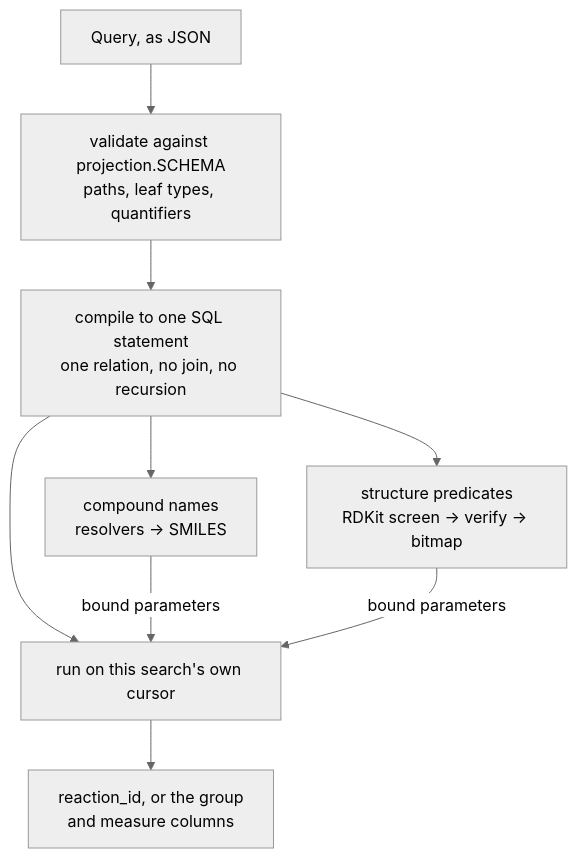
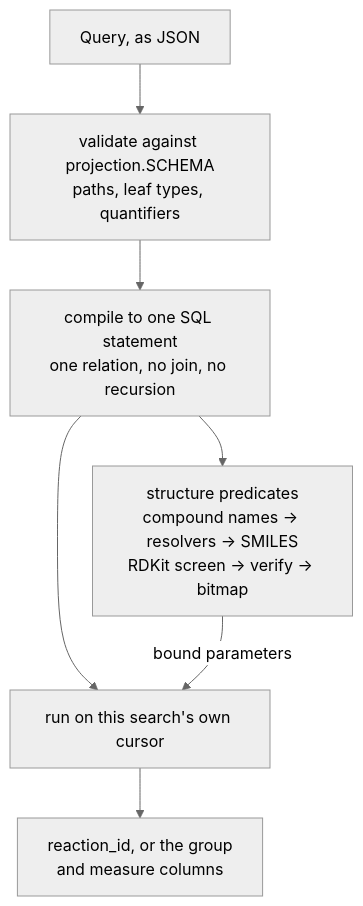
The first of 2 diagrams in ord_schema/search/README.md (open-reaction-database/ord-schema), drawn with Mermaid (neutral theme) before and after one commit. The commit also changed other lines of this file and 7 other files, not shown here.

````diff
--- a/ord_schema/search/README.md
+++ b/ord_schema/search/README.md
@@ -188,11 +192,9 @@
 ```mermaid
 flowchart TB
     Q["Query, as JSON"] --> V["validate against projection.SCHEMA<br/>paths, leaf types, quantifiers"]
     V --> C["compile to one SQL statement<br/>one relation, no join, no recursion"]
-    C --> N["compound names<br/>resolvers → SMILES"]
-    C --> S["structure predicates<br/>RDKit screen → verify → bitmap"]
+    C --> S["structure predicates<br/>compound names → resolvers → SMILES<br/>RDKit screen → verify → bitmap"]
     C --> X["run on this search's own cursor"]
-    N -- "bound parameters" --> X
     S -- "bound parameters" --> X
     X --> O["reaction_id, or the group<br/>and measure columns"]
 ```
````
